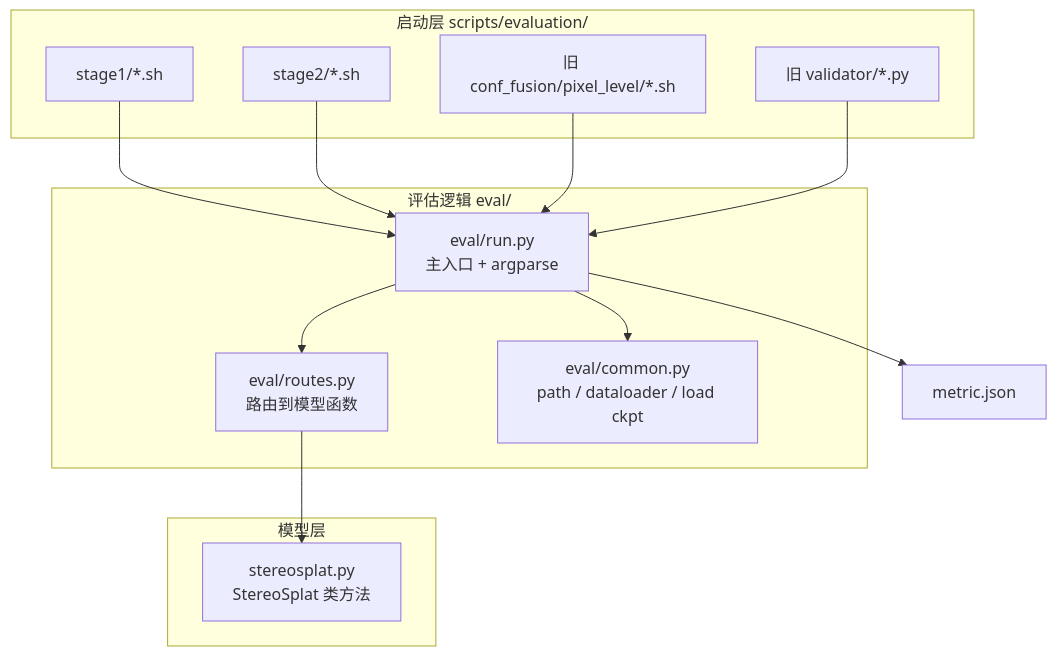
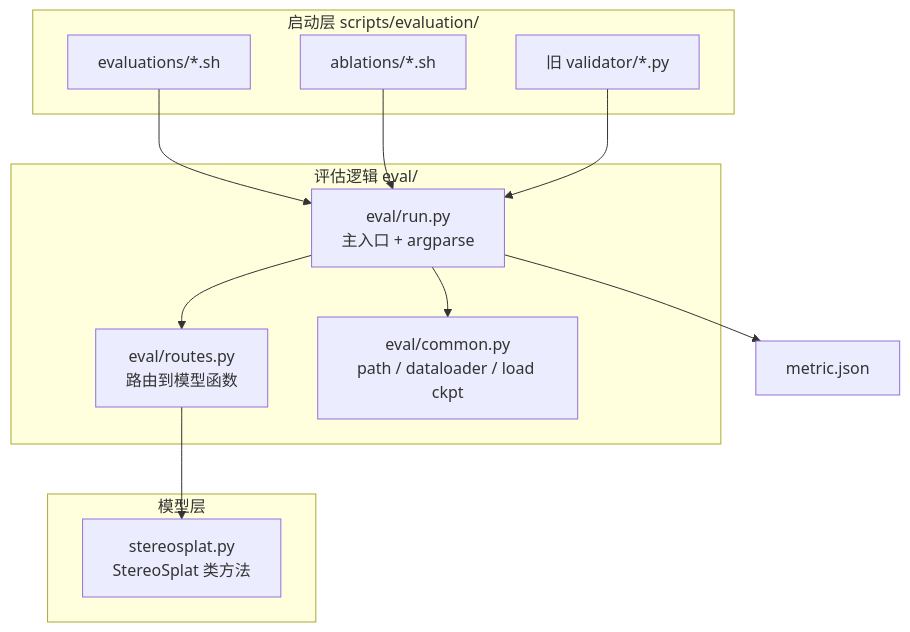
One commit to Magicboomliu/StereoSplat_Plus changed the first of 2 diagrams in stereosplat_conf/eval/README.md. Above: the diagram before and after it, drawn with Mermaid. The commit also changed other lines of this file and 1 other file, not shown here.

First line of the commit message:
Align eval docs with pixel_fusion as the paper StereoSplat+ method.

````diff
--- a/stereosplat_conf/eval/README.md
+++ b/stereosplat_conf/eval/README.md
@@ -94,28 +99,26 @@
 ```mermaid
 flowchart TB
     subgraph launch ["启动层 scripts/evaluation/"]
-        S1["stage1/*.sh"]
-        S2["stage2/*.sh"]
-        OLD["旧 conf_fusion/pixel_level/*.sh"]
+        EV["evaluations/*.sh"]
+        AB["ablations/*.sh"]
         LEG["旧 validator/*.py"]
     end
 
     subgraph eval_pkg ["评估逻辑 eval/"]
         RUN["eval/run.py\n主入口 + argparse"]
         ROUTES["eval/routes.py\n路由到模型函数"]
         COMMON["eval/common.py\npath / dataloader / load ckpt"]
     end
 
     subgraph model ["模型层"]
         SP["stereosplat.py\nStereoSplat 类方法"]
     end
 
-    S1 --> RUN
-    S2 --> RUN
-    OLD --> RUN
+    EV --> RUN
+    AB --> RUN
     LEG --> RUN
     RUN --> COMMON
     RUN --> ROUTES
     ROUTES --> SP
     RUN --> METRIC["metric.json"]
 ```
````
